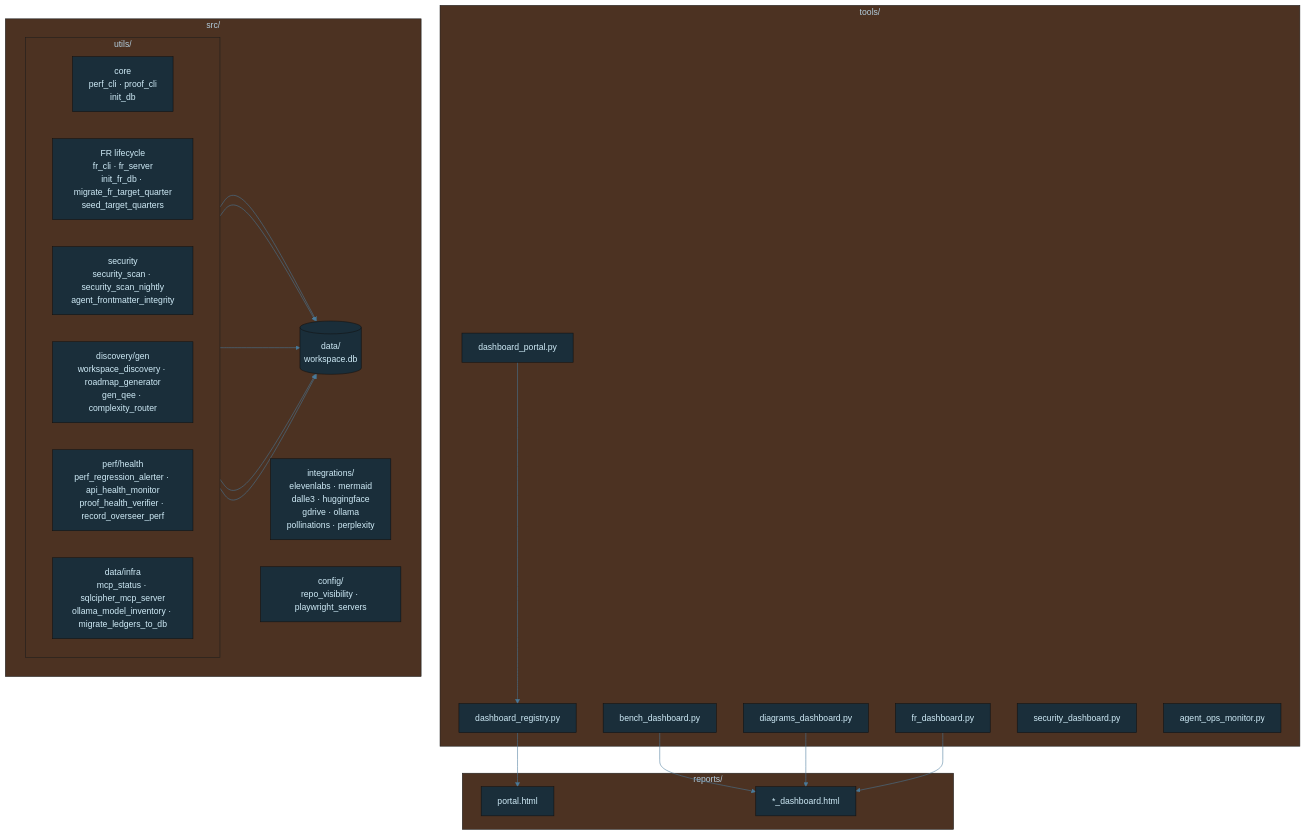
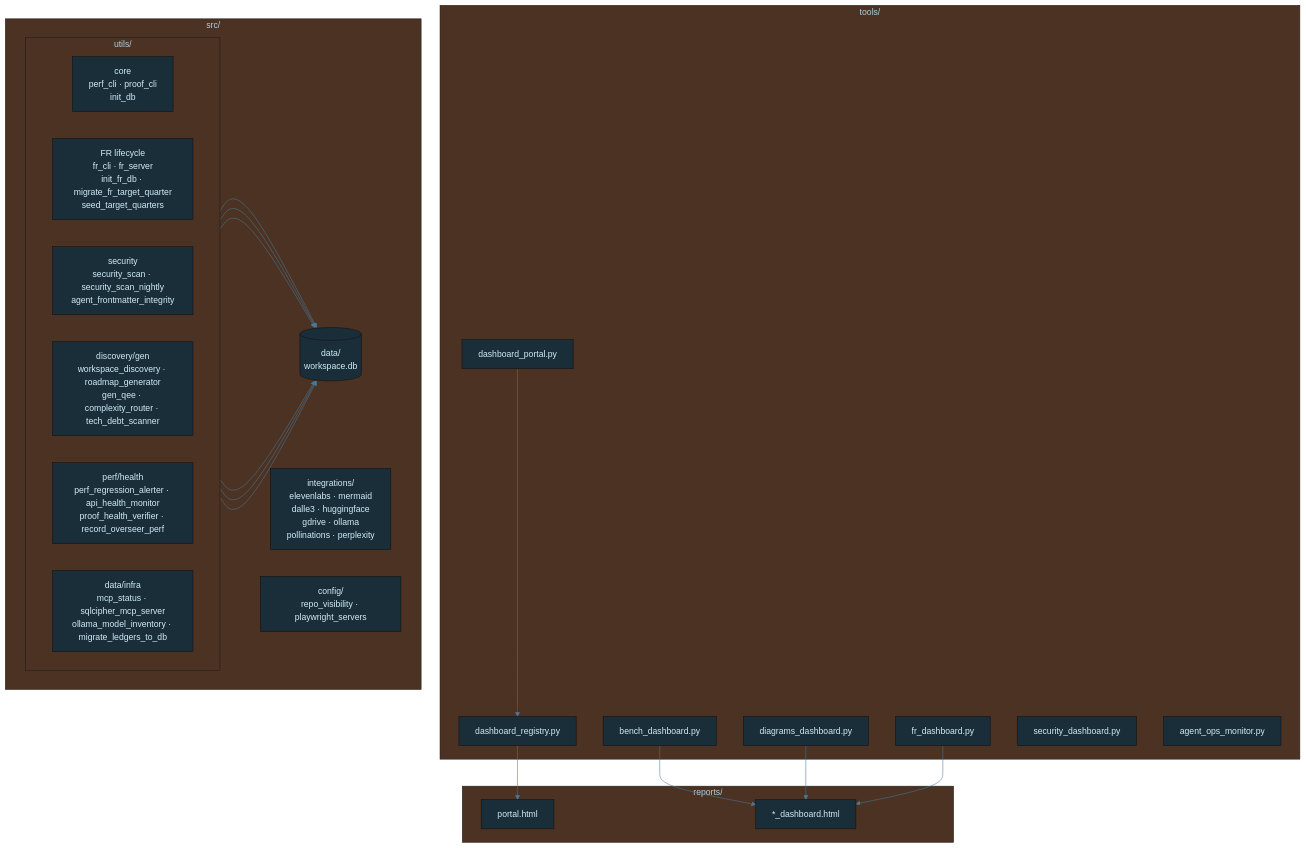
Before and after one commit to tylerdrakemusic/-Workspace: the diagram in diagrams/workspace-architecture-detail.mmd, drawn with Mermaid. The commit also changed 3 other files, not shown here.

First line of the commit message:
docs(FR-20260807-tech-debt-scanner): update 4 diagrams for tech_debt schema, radon, scanner module, cross-repo import

```diff
--- a/diagrams/workspace-architecture-detail.mmd
+++ b/diagrams/workspace-architecture-detail.mmd
@@ -1,52 +1,53 @@
 %%{init: {'theme': 'base', 'themeVariables': {'primaryColor': '#1a2e3a', 'primaryTextColor': '#d0ecf8', 'edgeLabelBackground': '#0f1318', 'lineColor': '#4a7a9a'}}}%%
 graph TB
     subgraph Tools["tools/"]
         Portal[dashboard_portal.py]
         Registry[dashboard_registry.py]
         Bench[bench_dashboard.py]
         Diagrams[diagrams_dashboard.py]
         FR[fr_dashboard.py]
         Sec[security_dashboard.py]
         Ops[agent_ops_monitor.py]
     end
     subgraph Src["src/"]
         subgraph UtilsGroup["utils/"]
             direction LR
             UtilsCore[core<br/>perf_cli · proof_cli<br/>init_db]
             UtilsFR[FR lifecycle<br/>fr_cli · fr_server<br/>init_fr_db · migrate_fr_target_quarter<br/>seed_target_quarters]
             UtilsSec[security<br/>security_scan · security_scan_nightly<br/>agent_frontmatter_integrity]
-            UtilsDiscovery[discovery/gen<br/>workspace_discovery · roadmap_generator<br/>gen_qee · complexity_router]
+            UtilsDiscovery[discovery/gen<br/>workspace_discovery · roadmap_generator<br/>gen_qee · complexity_router · tech_debt_scanner]
             UtilsPerf[perf/health<br/>perf_regression_alerter · api_health_monitor<br/>proof_health_verifier · record_overseer_perf]
             UtilsData[data/infra<br/>mcp_status · sqlcipher_mcp_server<br/>ollama_model_inventory · migrate_ledgers_to_db]
         end
         Integrations[integrations/<br/>elevenlabs · mermaid<br/>dalle3 · huggingface<br/>gdrive · ollama<br/>pollinations · perplexity]
         Config[config/<br/>repo_visibility · playwright_servers]
         Data[(data/<br/>workspace.db)]
     end
     subgraph Reports["reports/"]
         PortalHtml[portal.html]
         Dashes[*_dashboard.html]
     end
     Portal --> Registry
     Registry --> PortalHtml
     Bench --> Dashes
     Diagrams --> Dashes
     FR --> Dashes
     UtilsCore --> Data
     UtilsFR --> Data
     UtilsSec --> Data
+    UtilsDiscovery --> Data
     UtilsPerf --> Data
     UtilsData --> Data
     class Tools tool
     class Src src
     class Reports out
 
 classDef life     fill:#1a2e3a,stroke:#6ab4d4,color:#d0ecf8
 classDef music    fill:#3a1a24,stroke:#d47a8f,color:#f8d0dc
 classDef quantum  fill:#251a3a,stroke:#a07adf,color:#e8d0f8
 classDef manifest fill:#3a2e1a,stroke:#d4a96a,color:#f8ead0
 classDef ws       fill:#1a3a30,stroke:#6ad4b4,color:#d0f8ee
 classDef tyler    fill:#2a1a3a,stroke:#9e4aff,color:#fff
 classDef ext      fill:#3a2020,stroke:#ff7a7a,color:#ffd0d0
 classDef db       fill:#3a3010,stroke:#d4c050,color:#f8f0c0
 classDef state    fill:#1a1a1a,stroke:#888888,color:#cccccc
```
